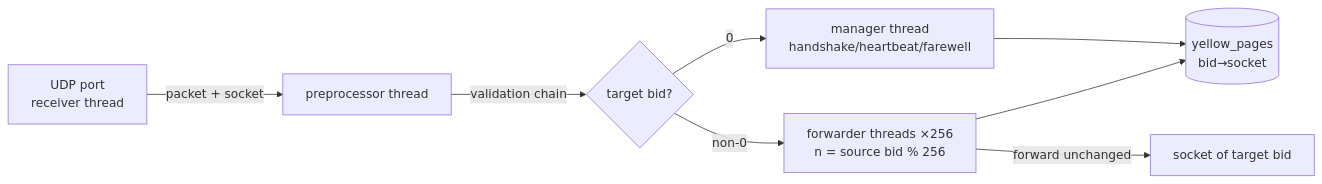
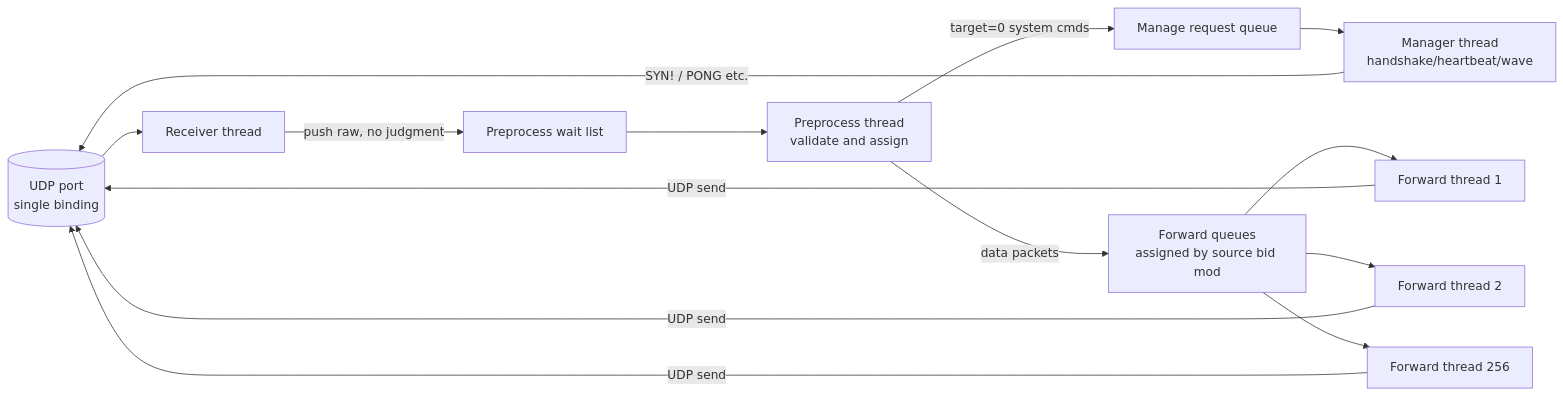
Before and after one commit to moky/magpie-bridge: the second of 5 diagrams in docs/design-architecture.md, drawn with Mermaid. The commit also changed other lines of this file and 5 other files, not shown here.

Commit message:
docs: regenerate from ai/ tasks with mermaid diagrams

````diff
--- a/docs/design-architecture.md
+++ b/docs/design-architecture.md
@@ -34,10 +32,16 @@
 ```mermaid
 flowchart LR
-    UDP[UDP port<br/>receiver thread] -->|packet + socket| PRE[preprocessor thread]
-    PRE -->|validation chain| CHK{target bid?}
-    CHK -- 0 --> MGR[manager thread<br/>handshake/heartbeat/farewell]
-    CHK -- non-0 --> FWD[forwarder threads ×256<br/>n = source bid % 256]
-    MGR --> YP[(yellow_pages<br/>bid→socket)]
-    FWD --> YP
-    FWD -->|forward unchanged| TGT[socket of target bid]
+    UDP[(UDP port<br/>single binding)] --> R[Receiver thread]
+    R -->|"push raw, no judgment"| Q1[Preprocess wait list]
+    Q1 --> PP[Preprocess thread<br/>validate and assign]
+    PP -->|"target=0 system cmds"| MQ[Manage request queue]
+    PP -->|"data packets"| Q2[Forward queues<br/>assigned by source bid mod]
+    MQ --> MT[Manager thread<br/>handshake/heartbeat/wave]
+    Q2 --> FT1[Forward thread 1]
+    Q2 --> FT2[Forward thread 2]
+    Q2 --> FTN[Forward thread 256]
+    MT -->|"SYN! / PONG etc."| UDP
+    FT1 -->|"UDP send"| UDP
+    FT2 -->|"UDP send"| UDP
+    FTN -->|"UDP send"| UDP
 ```
````
